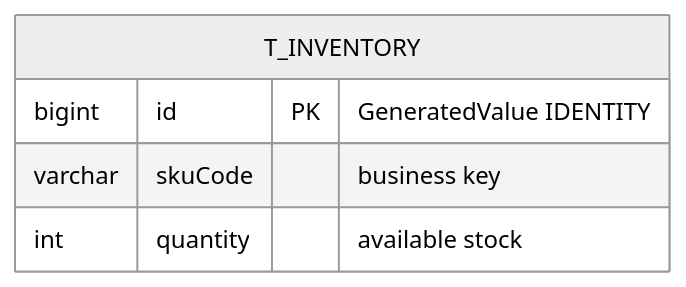
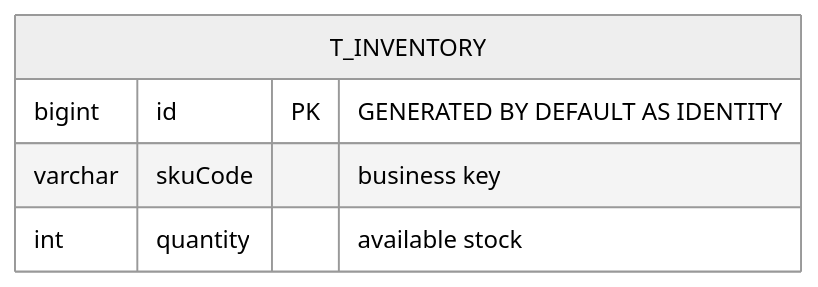
The fourth of 12 diagrams in docs/ARCHITECTURE.md (SzabolcsBeko/ms_sap_project), drawn with Mermaid (neutral theme) before and after one commit. The commit also changed other lines of this file and 30 other files, not shown here.

````diff
--- a/docs/ARCHITECTURE.md
+++ b/docs/ARCHITECTURE.md
@@ -176,8 +176,8 @@
 ```mermaid
 erDiagram
     T_INVENTORY {
-        bigint id PK "GeneratedValue IDENTITY"
+        bigint id PK "GENERATED BY DEFAULT AS IDENTITY"
         varchar skuCode "business key"
         int quantity "available stock"
     }
 ```
````
